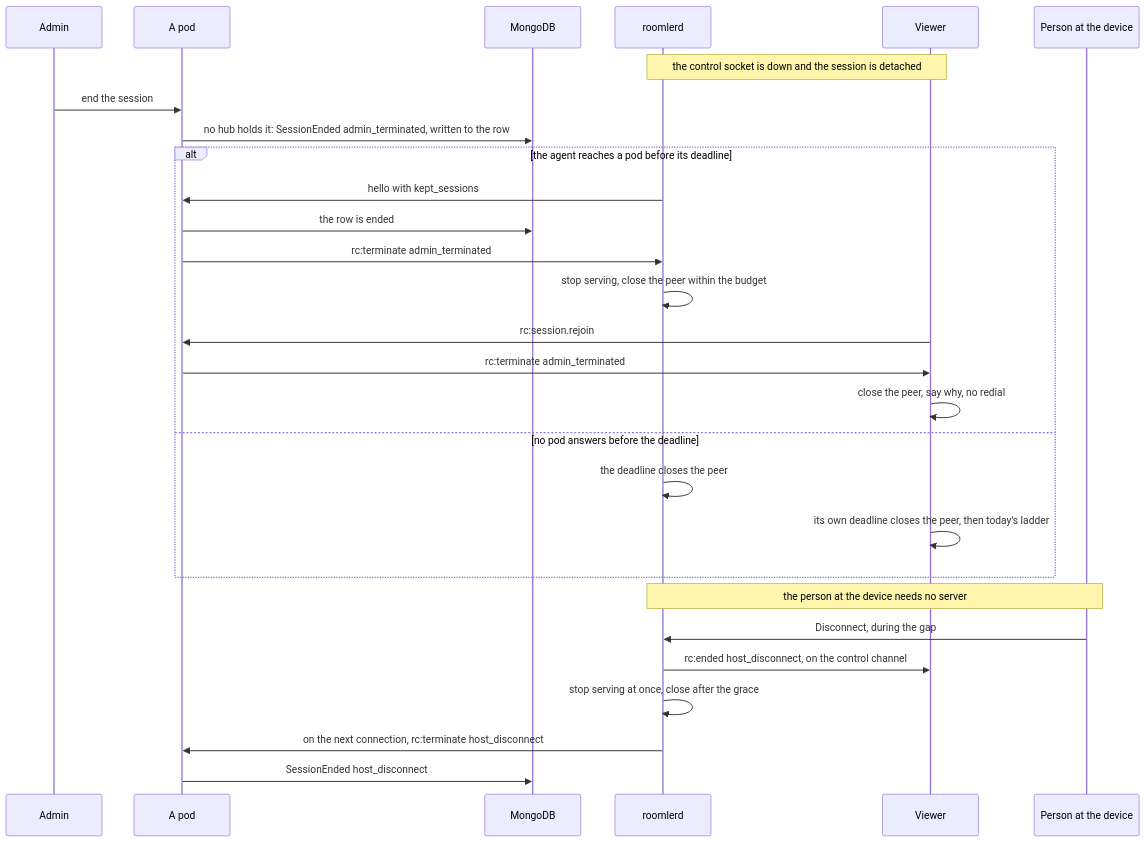
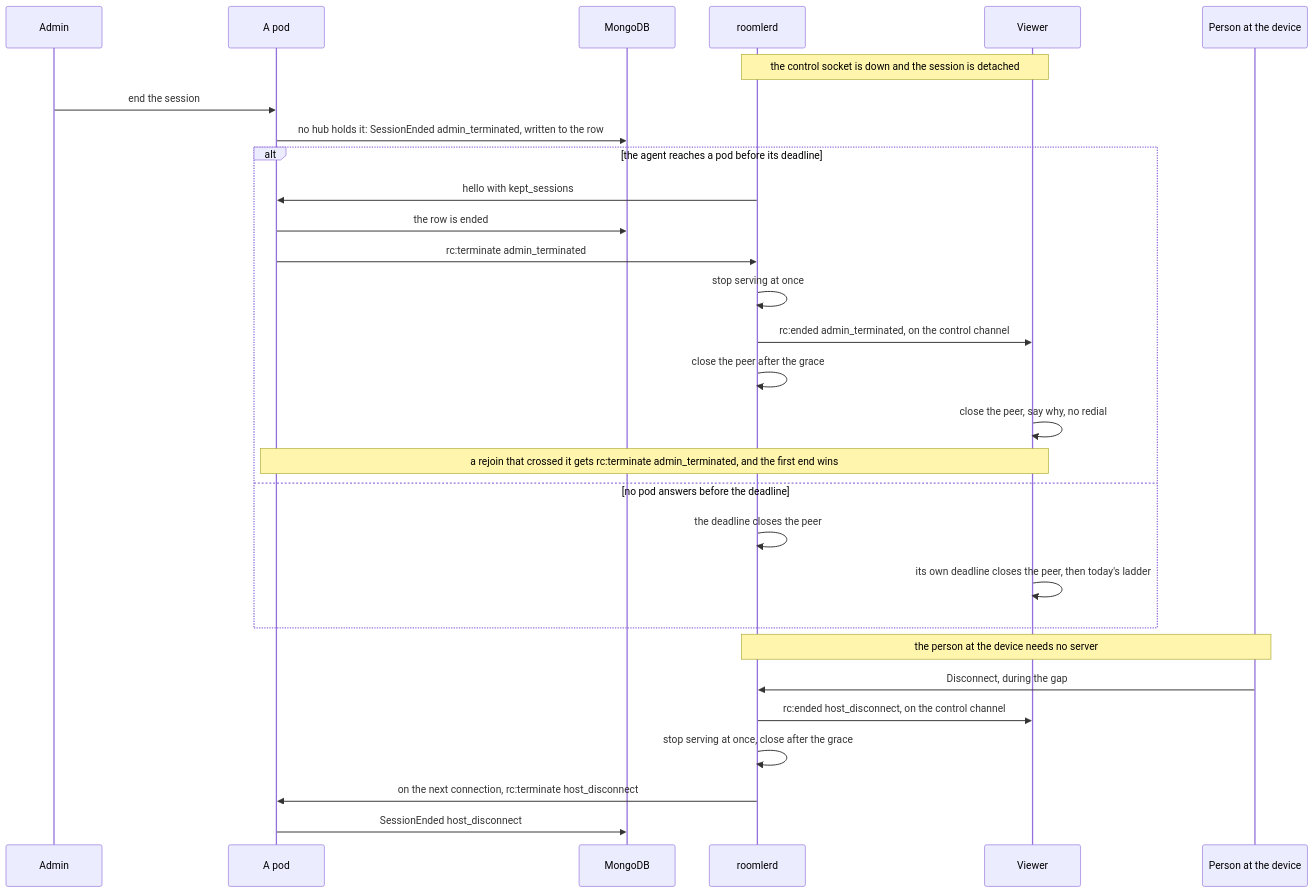
The third of 3 diagrams in docs/fr/FR-138-the-session-outlives-its-control-socket.md (gjovanov/roomler-ai), drawn with Mermaid before and after one commit. The commit also changed other lines of this file and 25 other files, not shown here.

````diff
--- a/docs/fr/FR-138-the-session-outlives-its-control-socket.md
+++ b/docs/fr/FR-138-the-session-outlives-its-control-socket.md
@@ -499,30 +526,31 @@
 ```mermaid
 sequenceDiagram
     participant AD as Admin
     participant P as A pod
     participant DB as MongoDB
     participant A as roomlerd
     participant V as Viewer
     participant H as Person at the device
     Note over A,V: the control socket is down and the session is detached
     AD->>P: end the session
     P->>DB: no hub holds it: SessionEnded admin_terminated, written to the row
     alt the agent reaches a pod before its deadline
         A->>P: hello with kept_sessions
         P->>DB: the row is ended
         P->>A: rc:terminate admin_terminated
-        A->>A: stop serving, close the peer within the budget
-        V->>P: rc:session.rejoin
-        P->>V: rc:terminate admin_terminated
+        A->>A: stop serving at once
+        A->>V: rc:ended admin_terminated, on the control channel
+        A->>A: close the peer after the grace
         V->>V: close the peer, say why, no redial
+        Note over V,P: a rejoin that crossed it gets rc:terminate admin_terminated, and the first end wins
     else no pod answers before the deadline
         A->>A: the deadline closes the peer
         V->>V: its own deadline closes the peer, then today's ladder
     end
     Note over H,A: the person at the device needs no server
     H->>A: Disconnect, during the gap
     A->>V: rc:ended host_disconnect, on the control channel
     A->>A: stop serving at once, close after the grace
     A->>P: on the next connection, rc:terminate host_disconnect
     P->>DB: SessionEnded host_disconnect
 ```
````
